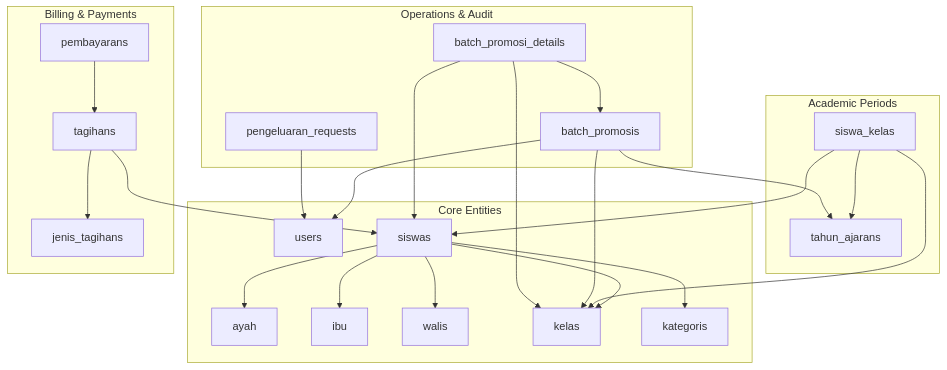
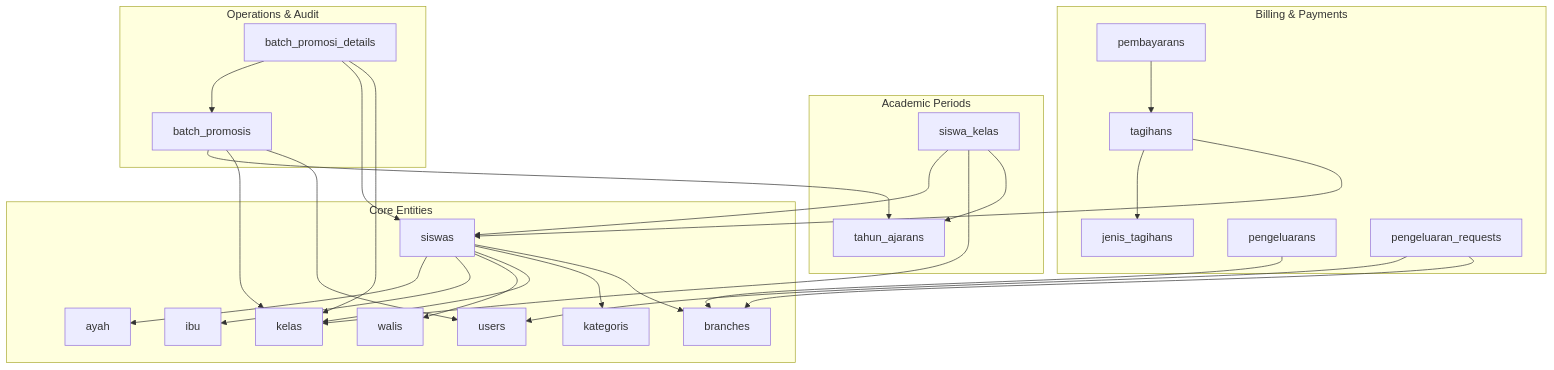
One commit to Fathurrahman-R/Manajemen-Keuangan-dan-SPP-Handayani changed the first of 3 diagrams in .qoder/repowiki/en/content/Database Schema Design/Database Schema Design.md. Above: the diagram before and after it, drawn with Mermaid. The commit also changed other lines of this file and 32 other files, not shown here.

````diff
--- a/.qoder/repowiki/en/content/Database Schema Design/Database Schema Design.md
+++ b/.qoder/repowiki/en/content/Database Schema Design/Database Schema Design.md
@@ -40,44 +50,49 @@
 ```mermaid
 graph TB
 subgraph "Core Entities"
 U["users"]
 S["siswas"]
 A["ayah"]
 B["ibu"]
 W["walis"]
 K["kelas"]
 C["kategoris"]
+BR["branches"]
 end
 subgraph "Academic Periods"
 T["tahun_ajarans"]
 SK["siswa_kelas"]
 end
 subgraph "Billing & Payments"
 JT["jenis_tagihans"]
 TG["tagihans"]
 PB["pembayarans"]
+PE["pengeluarans"]
+PR["pengeluaran_requests"]
 end
 subgraph "Operations & Audit"
 BP["batch_promosis"]
 BPD["batch_promosi_details"]
-PR["pengeluaran_requests"]
 end
 S --> A
 S --> B
 S --> W
 S --> K
 S --> C
+S --> BR
 SK --> S
 SK --> K
 SK --> T
 TG --> JT
 TG --> S
 PB --> TG
+PE --> BR
+PR --> U
+PR --> BR
 BP --> T
 BP --> K
 BP --> U
 BPD --> BP
 BPD --> S
 BPD --> K
-PR --> U
 ```
````
